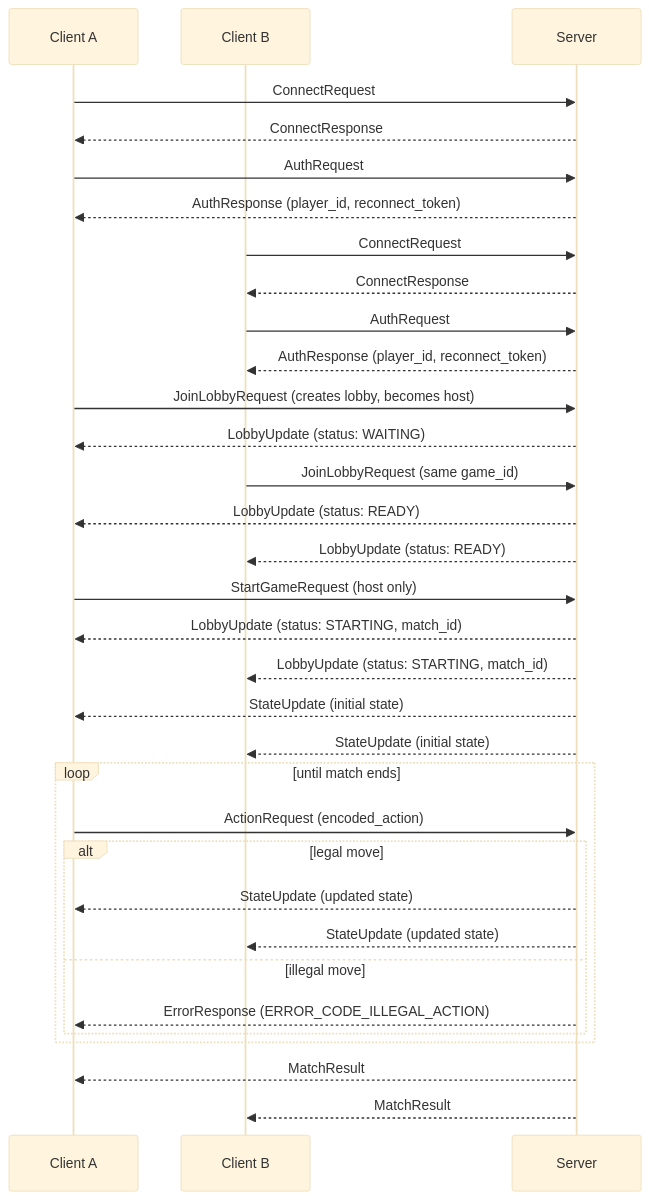
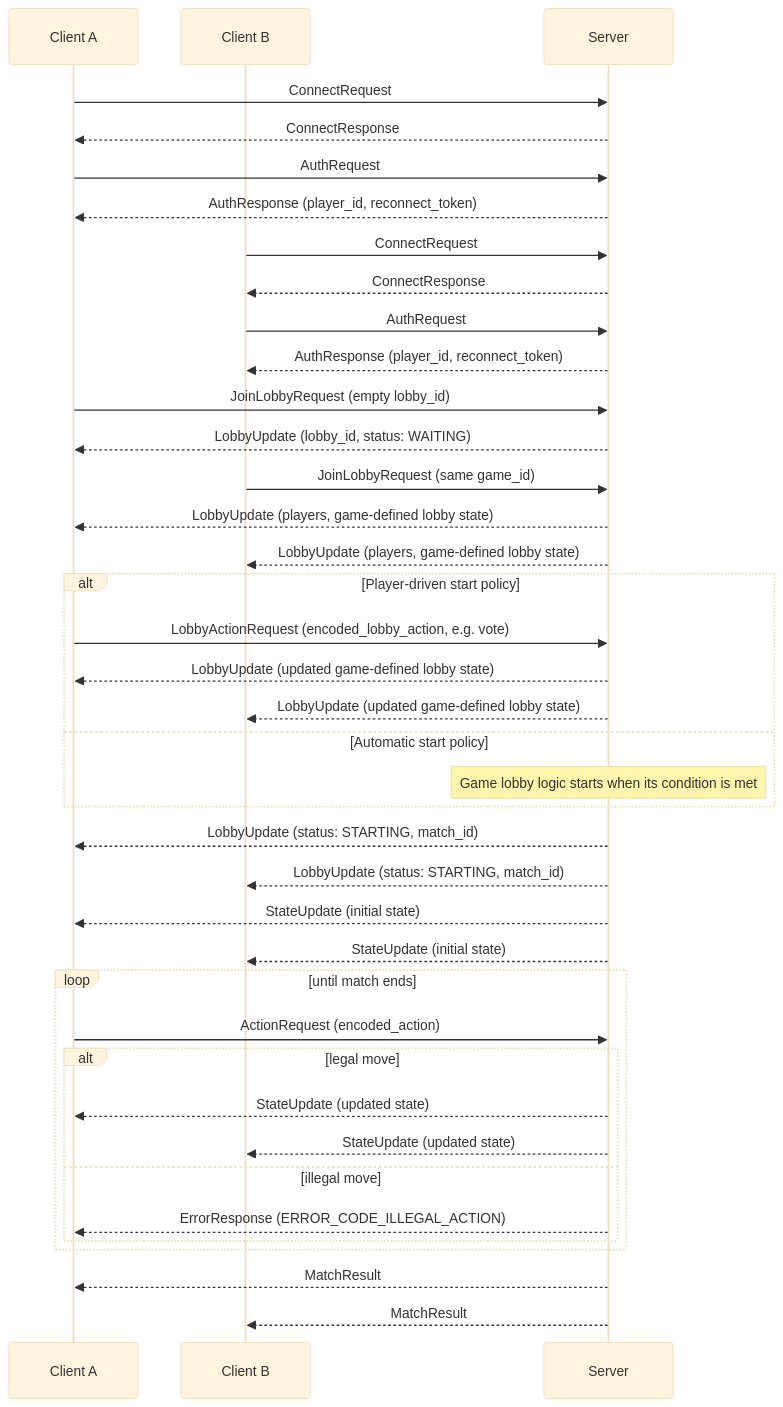
One commit to stevenlagoy/RAMServer-Core changed the diagram in docs/protocol.md. Above: the diagram before and after it, drawn with Mermaid (base theme). The commit also changed other lines of this file, not shown here.

````diff
--- a/docs/protocol.md
+++ b/docs/protocol.md
@@ -164,41 +239,47 @@
 ```mermaid
 sequenceDiagram
     participant A as Client A
     participant B as Client B
     participant S as Server
 
     A->>S: ConnectRequest
     S-->>A: ConnectResponse
     A->>S: AuthRequest
     S-->>A: AuthResponse (player_id, reconnect_token)
 
     B->>S: ConnectRequest
     S-->>B: ConnectResponse
     B->>S: AuthRequest
     S-->>B: AuthResponse (player_id, reconnect_token)
 
-    A->>S: JoinLobbyRequest (creates lobby, becomes host)
-    S-->>A: LobbyUpdate (status: WAITING)
+    A->>S: JoinLobbyRequest (empty lobby_id)
+    S-->>A: LobbyUpdate (lobby_id, status: WAITING)
     B->>S: JoinLobbyRequest (same game_id)
-    S-->>A: LobbyUpdate (status: READY)
-    S-->>B: LobbyUpdate (status: READY)
+    S-->>A: LobbyUpdate (players, game-defined lobby state)
+    S-->>B: LobbyUpdate (players, game-defined lobby state)
 
-    A->>S: StartGameRequest (host only)
+    alt Player-driven start policy
+        A->>S: LobbyActionRequest (encoded_lobby_action, e.g. vote)
+        S-->>A: LobbyUpdate (updated game-defined lobby state)
+        S-->>B: LobbyUpdate (updated game-defined lobby state)
+    else Automatic start policy
+        Note over S: Game lobby logic starts when its condition is met
+    end
     S-->>A: LobbyUpdate (status: STARTING, match_id)
     S-->>B: LobbyUpdate (status: STARTING, match_id)
     S-->>A: StateUpdate (initial state)
     S-->>B: StateUpdate (initial state)
 
     loop until match ends
         A->>S: ActionRequest (encoded_action)
         alt legal move
             S-->>A: StateUpdate (updated state)
             S-->>B: StateUpdate (updated state)
         else illegal move
             S-->>A: ErrorResponse (ERROR_CODE_ILLEGAL_ACTION)
         end
     end
 
     S-->>A: MatchResult
     S-->>B: MatchResult
 ```
````
